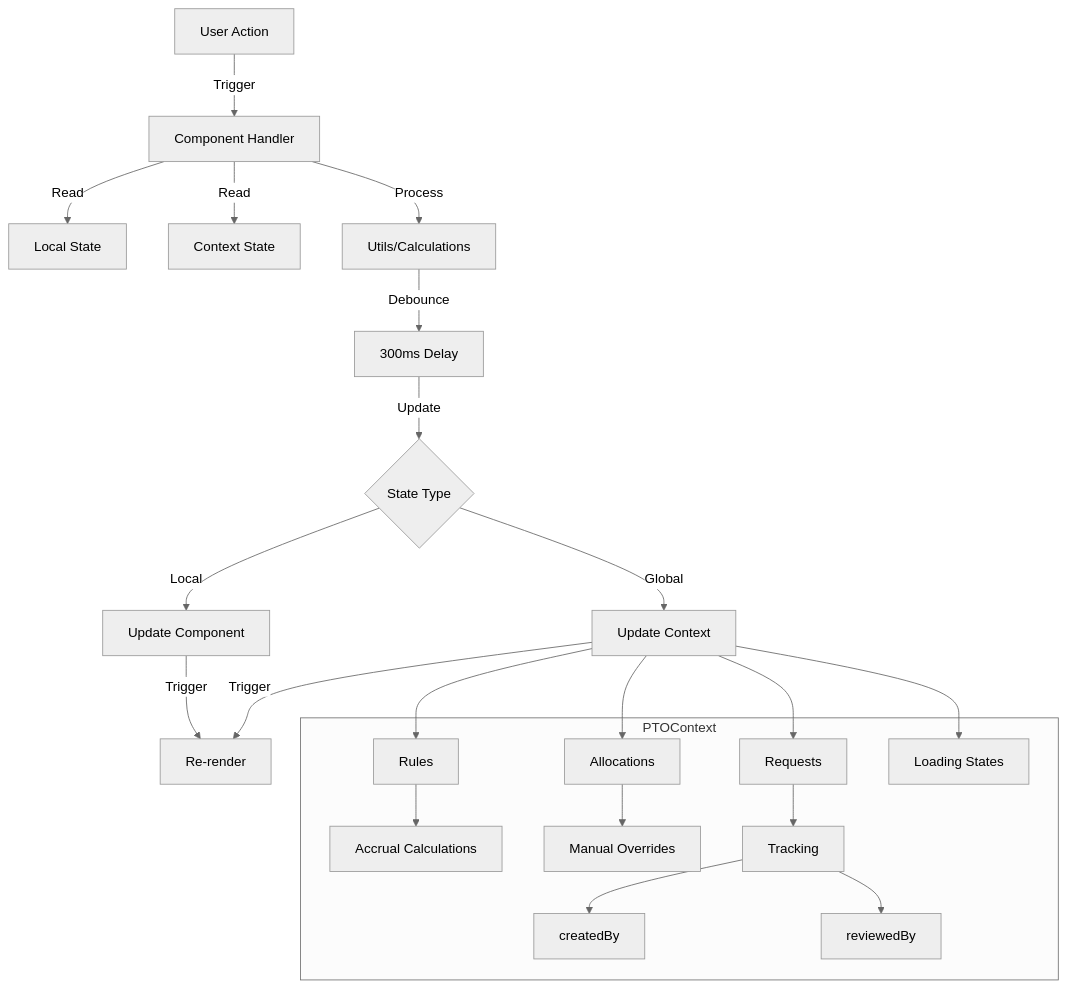
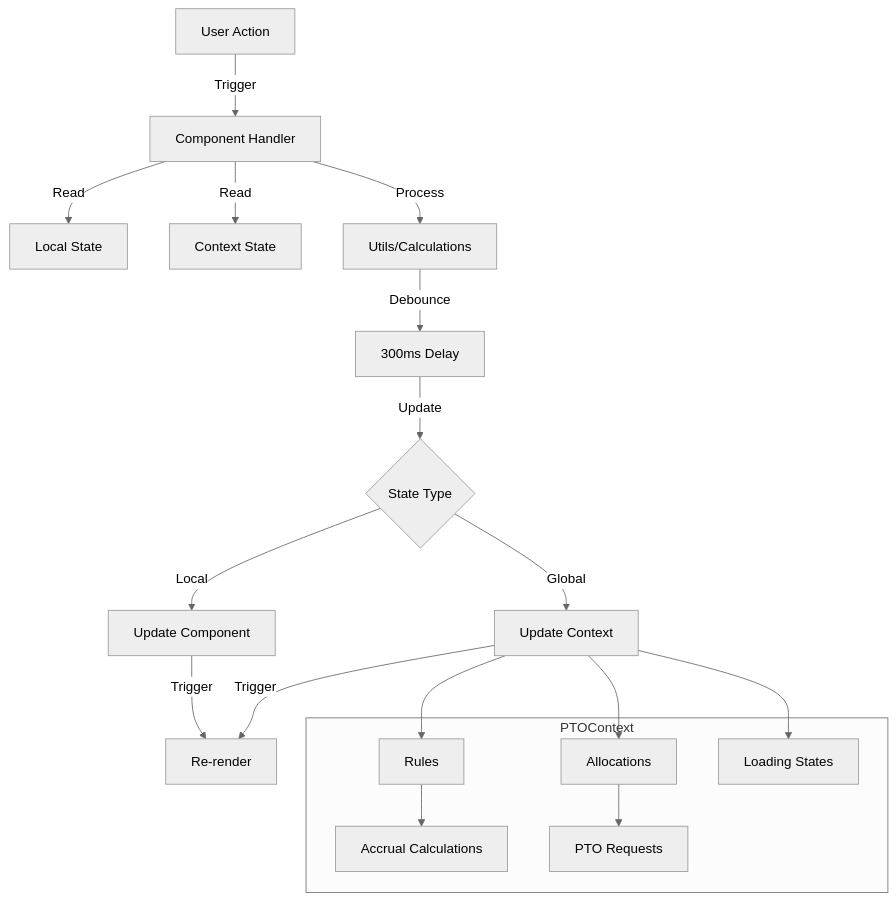
The third of 3 diagrams in docs/features/pto/pto-feature-technical.md (l2laihub/employee-time-tracking-app), drawn with Mermaid (neutral theme) before and after one commit. The commit also changed other lines of this file and 9 other files, not shown here.

````diff
--- a/docs/features/pto/pto-feature-technical.md
+++ b/docs/features/pto/pto-feature-technical.md
@@ -84,23 +84,20 @@
 ```mermaid
 flowchart TD
     A[User Action] -->|Trigger| B[Component Handler]
     B -->|Read| C[Local State]
     B -->|Read| D[Context State]
     B -->|Process| E[Utils/Calculations]
     E -->|Debounce| F[300ms Delay]
     F -->|Update| G{State Type}
     G -->|Local| H[Update Component]
     G -->|Global| I[Update Context]
     H & I -->|Trigger| J[Re-render]
     
     subgraph PTOContext
         K[Rules] --> L[Accrual Calculations]
-        M[Allocations] --> N[Manual Overrides]
-        O[Requests] --> P[Tracking]
-        P --> Q[createdBy]
-        P --> R[reviewedBy]
-        S[Loading States]
+        M[Allocations] --> N[PTO Requests]
+        O[Loading States]
     end
     
-    I --> K & M & O & S
+    I --> K & M & O
 ```
````
